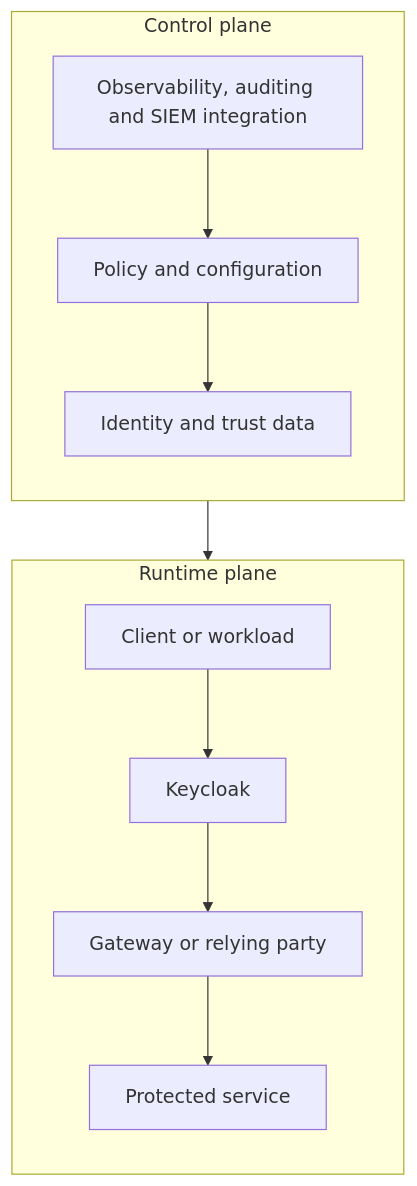
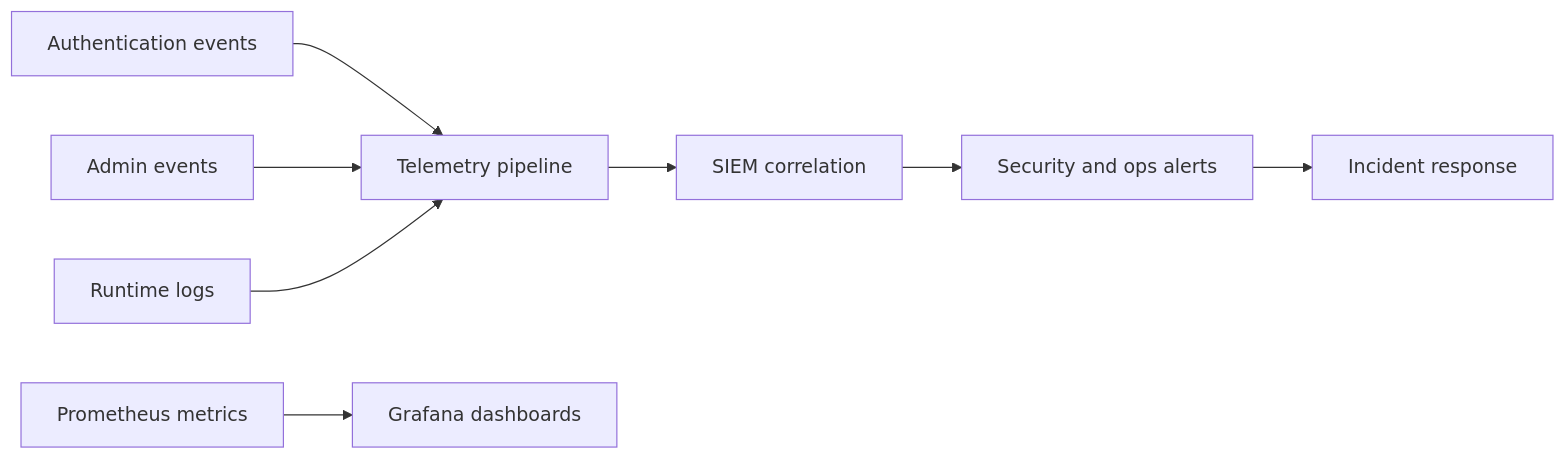
Diagram 26 of 36 in KeyCloack Reference Book.md (jeanflorentine/IAM-KeyCloack-Lab), drawn with Mermaid before and after one commit. The commit also changed other lines of this file, not shown here.

Commit message:
Revise chapter structure diagrams and chapter 31 interview bank

````diff
--- a/KeyCloack Reference Book.md
+++ b/KeyCloack Reference Book.md
@@ -2907,24 +2658,10 @@
 ```mermaid
-flowchart TB
-    subgraph CP[Control plane]
-        direction TB
-        A[Observability, auditing and SIEM integration]
-        B[Policy and configuration]
-        C[Identity and trust data]
-        A --> B
-        B --> C
-    end
-
-    subgraph RP[Runtime plane]
-        direction TB
-        D[Client or workload]
-        E[Keycloak]
-        F[Gateway or relying party]
-        G[Protected service]
-        D --> E
-        E --> F
-        F --> G
-    end
-
-    CP --> RP
+flowchart LR
+    AuthEvents[Authentication events] --> Pipeline[Telemetry pipeline]
+    AdminEvents[Admin events] --> Pipeline
+    Logs[Runtime logs] --> Pipeline
+    Metrics[Prometheus metrics] --> Dashboards[Grafana dashboards]
+    Pipeline --> SIEM[SIEM correlation]
+    SIEM --> Alerts[Security and ops alerts]
+    Alerts --> Response[Incident response]
 ```
````
